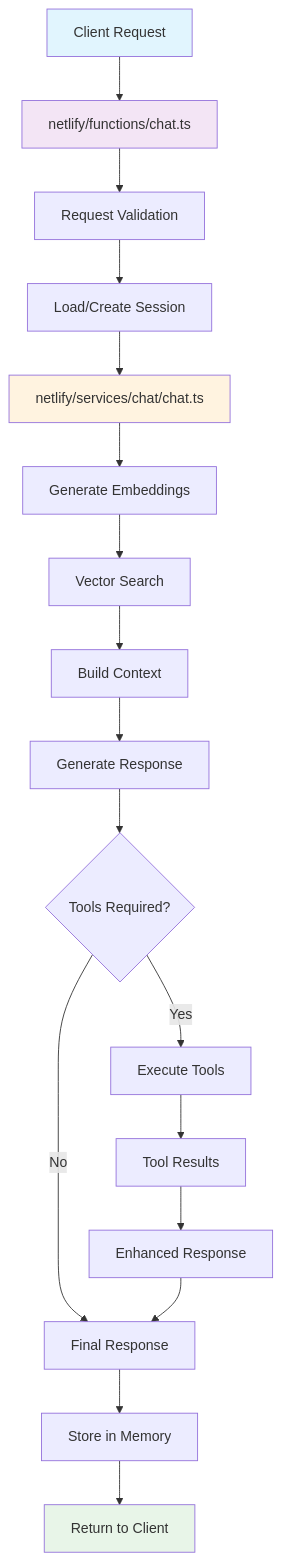
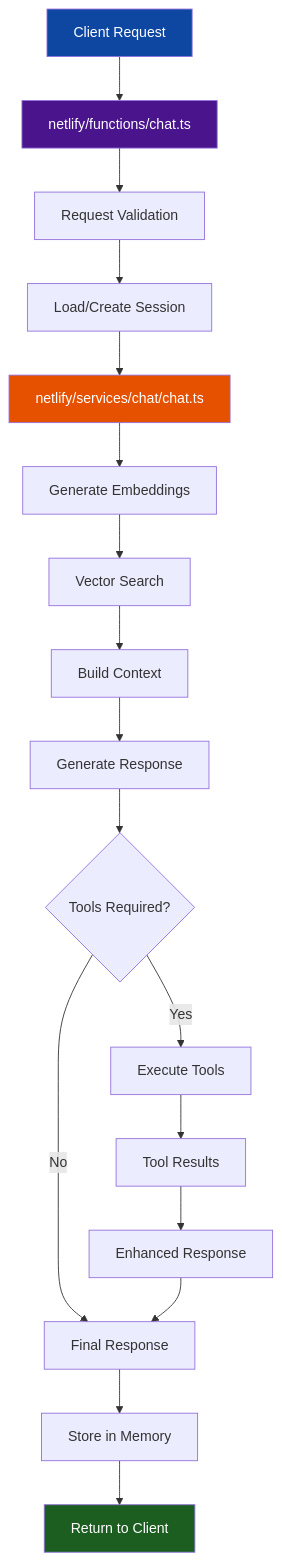
The first of 2 diagrams in docs/services/chat.md (rlynjb/adventurecue), drawn with Mermaid before and after one commit. The commit also changed other lines of this file and 1 other file, not shown here.

````diff
--- a/docs/services/chat.md
+++ b/docs/services/chat.md
@@ -32,27 +32,27 @@
 ```mermaid
 graph TD
     A[Client Request] --> B[netlify/functions/chat.ts]
     B --> C[Request Validation]
     C --> D[Load/Create Session]
     D --> E[netlify/services/chat/chat.ts]
 
     E --> F[Generate Embeddings]
     F --> G[Vector Search]
     G --> H[Build Context]
     H --> I[Generate Response]
 
     I --> J{Tools Required?}
     J -->|Yes| K[Execute Tools]
     J -->|No| L[Final Response]
     K --> M[Tool Results]
     M --> N[Enhanced Response]
     N --> L
 
     L --> O[Store in Memory]
     O --> P[Return to Client]
 
-    style A fill:#e1f5fe
-    style B fill:#f3e5f5
-    style E fill:#fff3e0
-    style P fill:#e8f5e8
+    style A fill:#0d47a1,color:#fff
+    style B fill:#4a148c,color:#fff
+    style E fill:#e65100,color:#fff
+    style P fill:#1b5e20,color:#fff
 ```
````
